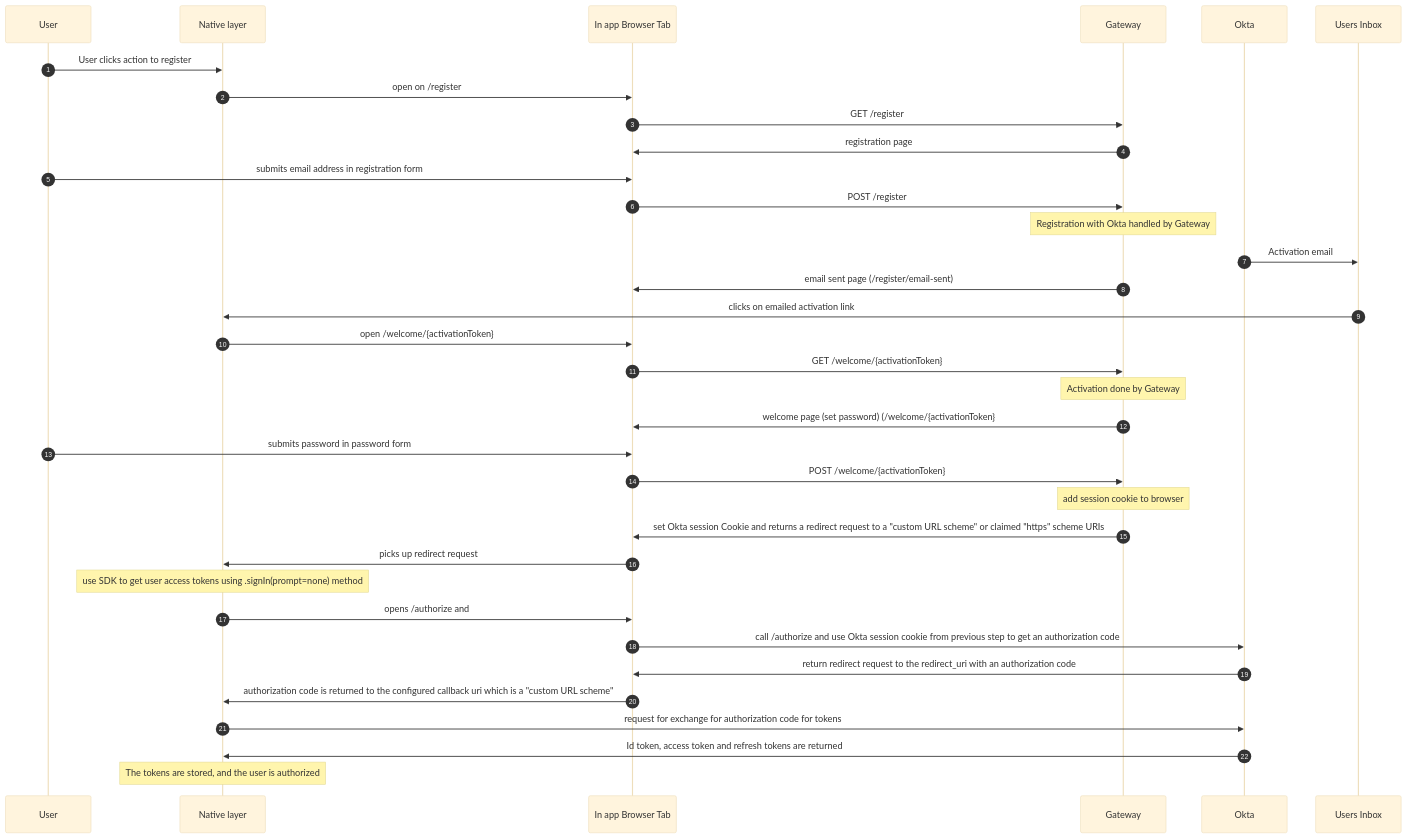
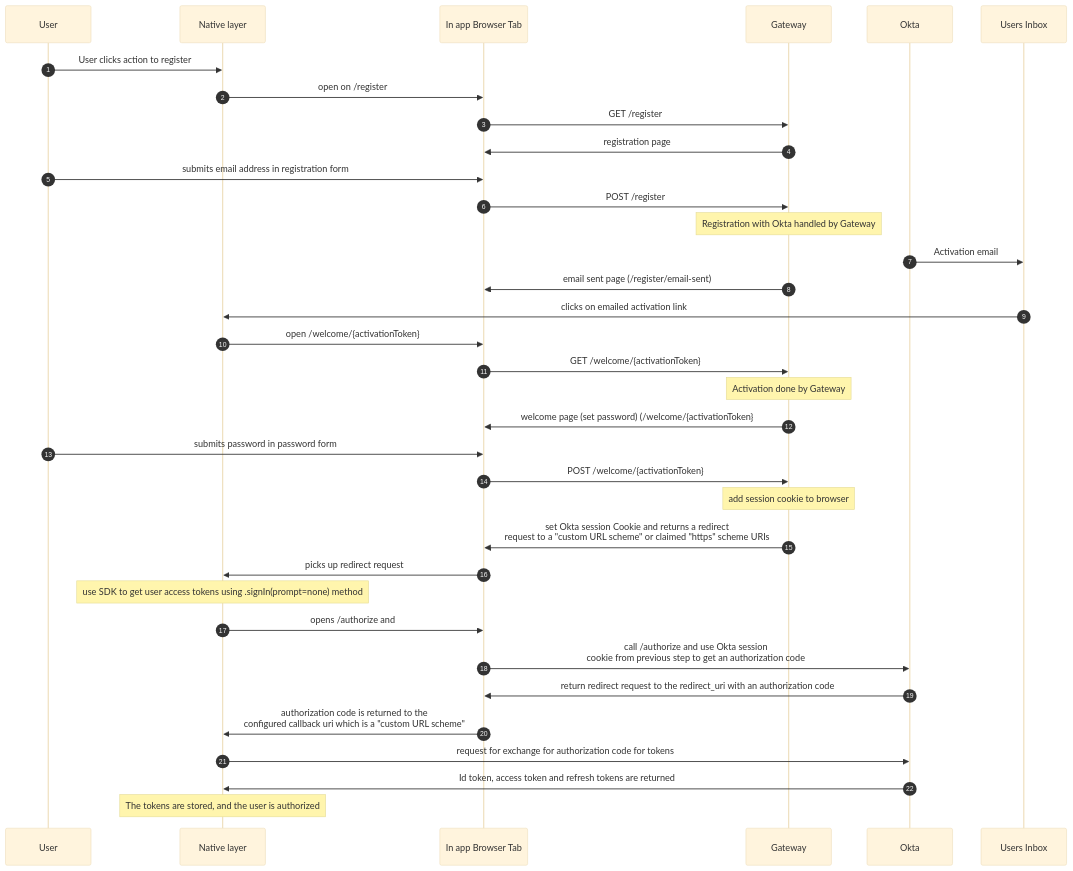
One commit to guardian/gateway changed the diagram in docs/okta/native-apps-integration-guide.md. Above: the diagram before and after it, drawn with Mermaid (base theme).

Commit message:
adding line breaks

````diff
--- a/docs/okta/native-apps-integration-guide.md
+++ b/docs/okta/native-apps-integration-guide.md
@@ -20,38 +20,38 @@
 ```mermaid
 sequenceDiagram
 autonumber
   participant User
   participant Native layer
   participant In app Browser Tab
   participant Gateway
   participant Okta
   participant Users Inbox
 
   User->>Native layer: User clicks action to register
   Native layer->>In app Browser Tab: open on /register
   In app Browser Tab->>Gateway: GET /register
   Gateway->>In app Browser Tab: registration page
   User->>In app Browser Tab: submits email address in registration form
   In app Browser Tab->>Gateway: POST /register
   note over Gateway: Registration with Okta handled by Gateway
   Okta->>Users Inbox: Activation email
   Gateway->>In app Browser Tab:email sent page (/register/email-sent)
   Users Inbox->>Native layer:clicks on emailed activation link
   Native layer->>In app Browser Tab: open /welcome/{activationToken}
   In app Browser Tab->>Gateway:GET /welcome/{activationToken}
   note over Gateway: Activation done by Gateway
   Gateway->>In app Browser Tab:welcome page (set password) (/welcome/{activationToken}
   User->>In app Browser Tab:submits password in password form
   In app Browser Tab->>Gateway:POST /welcome/{activationToken}
   note over Gateway:add session cookie to browser
-  Gateway->>In app Browser Tab: set Okta session Cookie and returns a redirect request to a "custom URL scheme" or claimed "https" scheme URIs
+  Gateway->>In app Browser Tab: set Okta session Cookie and returns a redirect <br/> request to a "custom URL scheme" or claimed "https" scheme URIs
   In app Browser Tab->>Native layer: picks up redirect request
   note over Native layer: use SDK to get user access tokens using .signIn(prompt=none) method
   Native layer->>In app Browser Tab: opens /authorize and
-  In app Browser Tab->>Okta: call /authorize and use Okta session cookie from previous step to get an authorization code
+  In app Browser Tab->>Okta: call /authorize and use Okta session <br/>cookie from previous step to get an authorization code
   Okta->>In app Browser Tab: return redirect request to the redirect_uri with an authorization code
-  In app Browser Tab->>Native layer: authorization code is returned to the configured callback uri which is a "custom URL scheme"
+  In app Browser Tab->>Native layer: authorization code is returned to the <br/>configured callback uri which is a "custom URL scheme"
   Native layer->>Okta: request for exchange for authorization code for tokens
   Okta->>Native layer: Id token, access token and refresh tokens are returned
   note over Native layer: The tokens are stored, and the user is authorized
 ```
````
